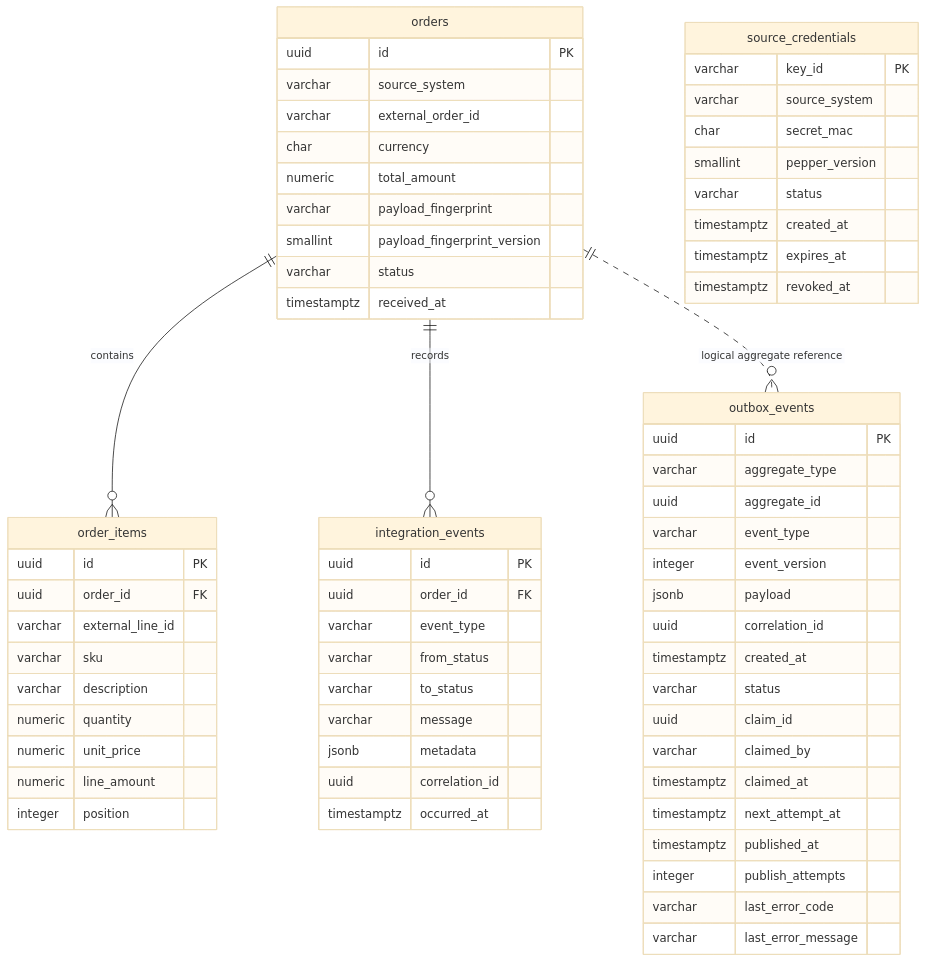
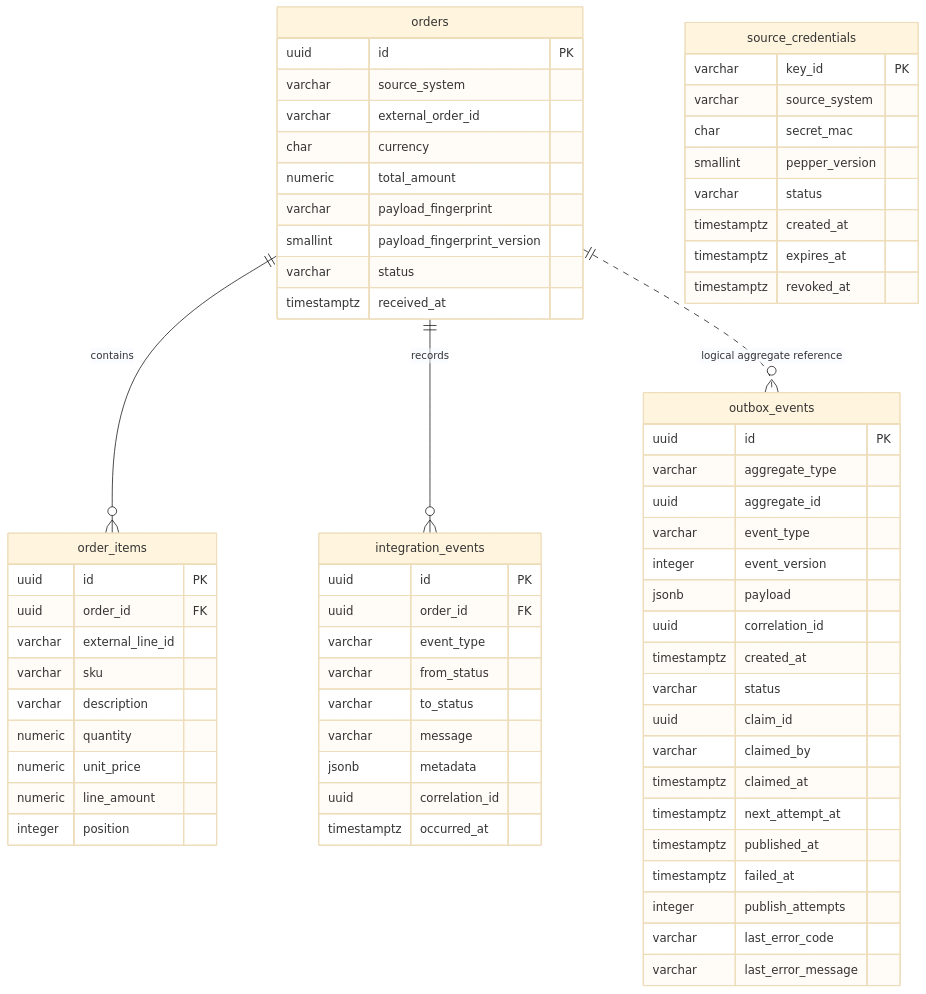
Before and after one commit to PietroRussoD/commerce-integration-hub: the diagram in docs/data-model.md, drawn with Mermaid (base theme). The commit also changed other lines of this file and 4 other files, not shown here.

````diff
--- a/docs/data-model.md
+++ b/docs/data-model.md
@@ -6,73 +6,74 @@
 ```mermaid
 erDiagram
     orders ||--o{ order_items : contains
     orders ||--o{ integration_events : records
     orders ||..o{ outbox_events : "logical aggregate reference"
 
     source_credentials {
         varchar key_id PK
         varchar source_system
         char secret_mac
         smallint pepper_version
         varchar status
         timestamptz created_at
         timestamptz expires_at
         timestamptz revoked_at
     }
 
     orders {
         uuid id PK
         varchar source_system
         varchar external_order_id
         char currency
         numeric total_amount
         varchar payload_fingerprint
         smallint payload_fingerprint_version
         varchar status
         timestamptz received_at
     }
 
     order_items {
         uuid id PK
         uuid order_id FK
         varchar external_line_id
         varchar sku
         varchar description
         numeric quantity
         numeric unit_price
         numeric line_amount
         integer position
     }
 
     integration_events {
         uuid id PK
         uuid order_id FK
         varchar event_type
         varchar from_status
         varchar to_status
         varchar message
         jsonb metadata
         uuid correlation_id
         timestamptz occurred_at
     }
 
     outbox_events {
         uuid id PK
         varchar aggregate_type
         uuid aggregate_id
         varchar event_type
         integer event_version
         jsonb payload
         uuid correlation_id
         timestamptz created_at
         varchar status
         uuid claim_id
         varchar claimed_by
         timestamptz claimed_at
         timestamptz next_attempt_at
         timestamptz published_at
+        timestamptz failed_at
         integer publish_attempts
         varchar last_error_code
         varchar last_error_message
     }
 ```
````
